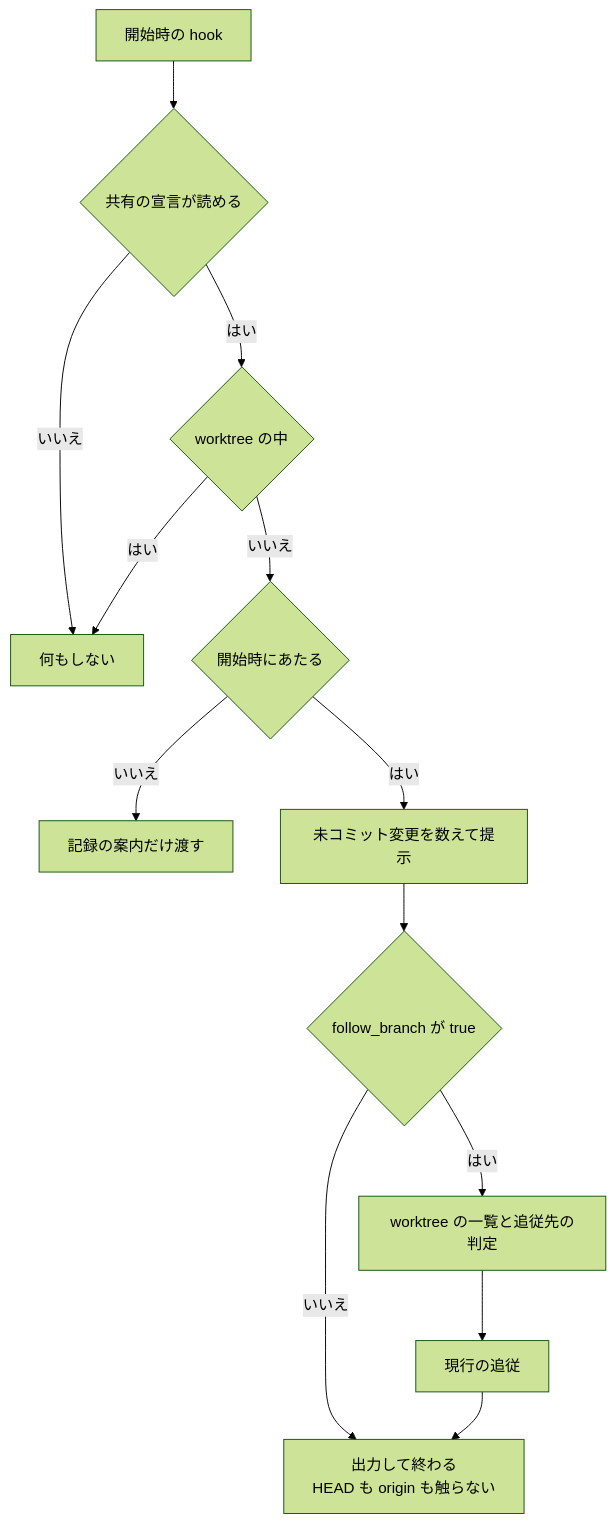
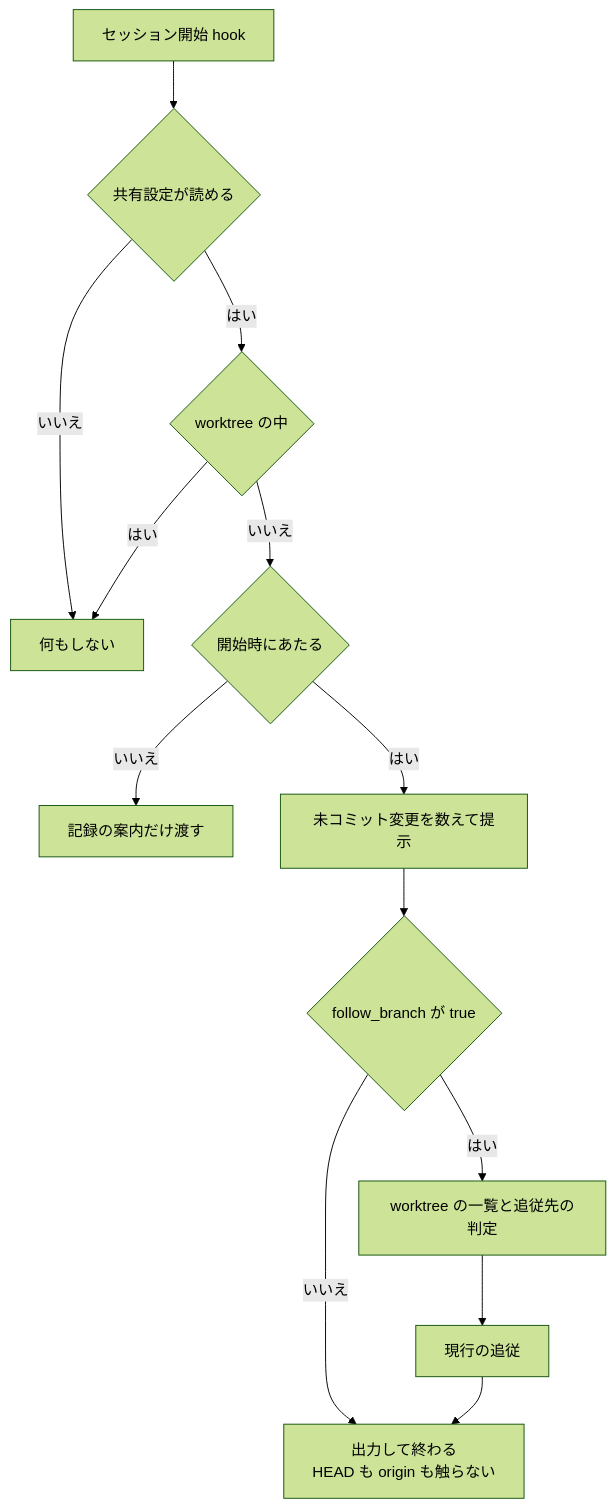
One commit to devbasex/ai-plugins changed the second of 2 diagrams in docs/specifications/ndf-worktree-declaration-and-entry-points.md. Above: the diagram before and after it, drawn with Mermaid (forest theme). The commit also changed other lines of this file, not shown here.

Commit message:
docs: worktree の設定の仕様の語を揃える（共有設定・個人設定・実効設定・セッション開始 hook）

````diff
--- a/docs/specifications/ndf-worktree-declaration-and-entry-points.md
+++ b/docs/specifications/ndf-worktree-declaration-and-entry-points.md
@@ -239,15 +239,15 @@
 ```mermaid
 graph TD
-    A[開始時の hook] --> B{共有の宣言が読める}
+    A[セッション開始 hook] --> B{共有設定が読める}
     B -->|いいえ| Z[何もしない]
     B -->|はい| C{worktree の中}
     C -->|はい| Z
     C -->|いいえ| D{開始時にあたる}
     D -->|いいえ| P[記録の案内だけ渡す]
     D -->|はい| E[未コミット変更を数えて提示]
     E --> F{follow_branch が true}
     F -->|いいえ| O[出力して終わる<br/>HEAD も origin も触らない]
     F -->|はい| G[worktree の一覧と追従先の判定]
     G --> H[現行の追従]
     H --> O
 ```
````
